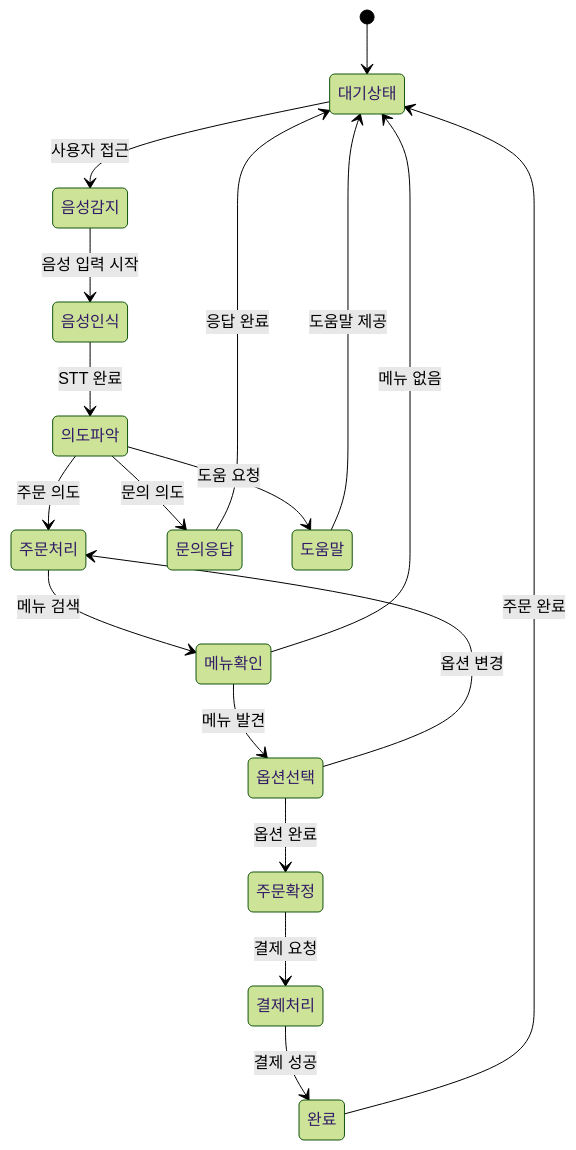
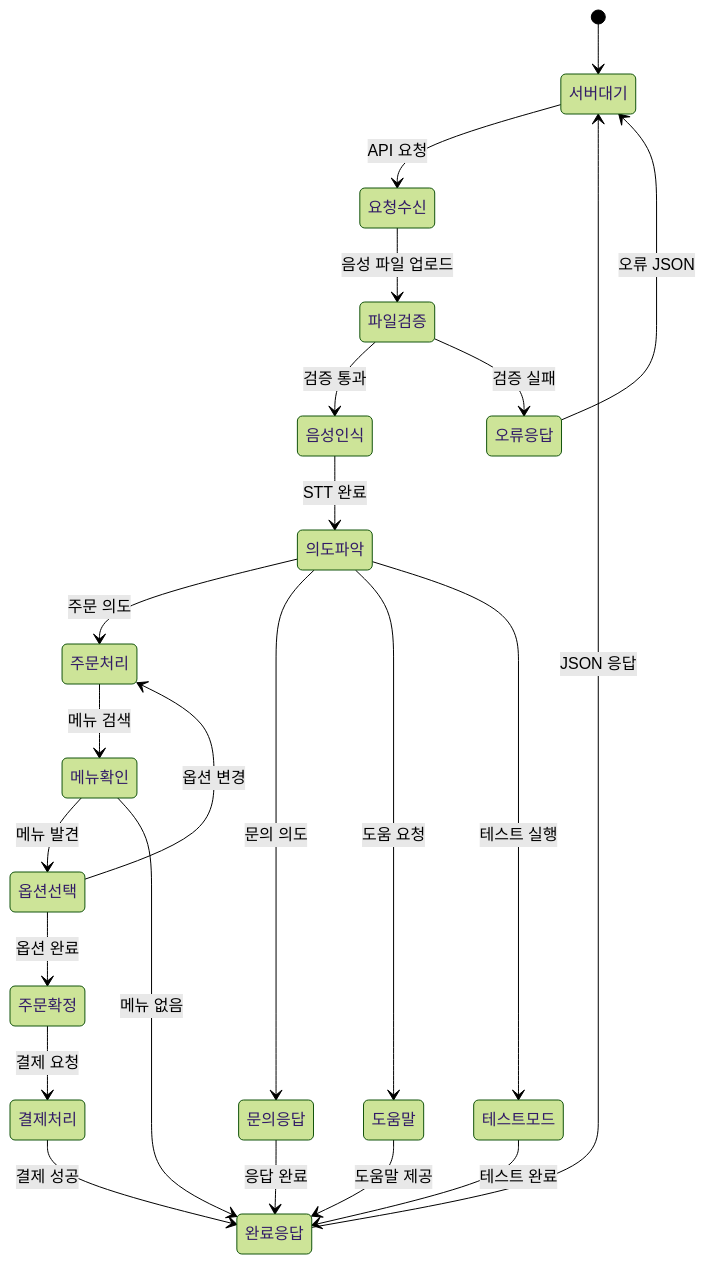
The fourth of 7 diagrams in architecture_diagrams.md (melpes/kiosk), drawn with Mermaid (forest theme) before and after one commit. The commit also changed other lines of this file, not shown here.

First line of the commit message:
Update architecture_diagrams.md

````diff
--- a/architecture_diagrams.md
+++ b/architecture_diagrams.md
@@ -136,23 +172,29 @@
 ```mermaid
 stateDiagram-v2
-    [*] --> 대기상태
-    대기상태 --> 음성감지 : 사용자 접근
-    음성감지 --> 음성인식 : 음성 입력 시작
+    [*] --> 서버대기
+    서버대기 --> 요청수신 : API 요청
+    요청수신 --> 파일검증 : 음성 파일 업로드
+    파일검증 --> 음성인식 : 검증 통과
+    파일검증 --> 오류응답 : 검증 실패
+    
     음성인식 --> 의도파악 : STT 완료
     의도파악 --> 주문처리 : 주문 의도
     의도파악 --> 문의응답 : 문의 의도
     의도파악 --> 도움말 : 도움 요청
+    의도파악 --> 테스트모드 : 테스트 실행
     
     주문처리 --> 메뉴확인 : 메뉴 검색
     메뉴확인 --> 옵션선택 : 메뉴 발견
     옵션선택 --> 주문확정 : 옵션 완료
     주문확정 --> 결제처리 : 결제 요청
-    결제처리 --> 완료 : 결제 성공
+    결제처리 --> 완료응답 : 결제 성공
     
-    문의응답 --> 대기상태 : 응답 완료
-    도움말 --> 대기상태 : 도움말 제공
-    완료 --> 대기상태 : 주문 완료
+    문의응답 --> 완료응답 : 응답 완료
+    도움말 --> 완료응답 : 도움말 제공
+    테스트모드 --> 완료응답 : 테스트 완료
+    완료응답 --> 서버대기 : JSON 응답
+    오류응답 --> 서버대기 : 오류 JSON
     
-    메뉴확인 --> 대기상태 : 메뉴 없음
+    메뉴확인 --> 완료응답 : 메뉴 없음
     옵션선택 --> 주문처리 : 옵션 변경
 ```
````
